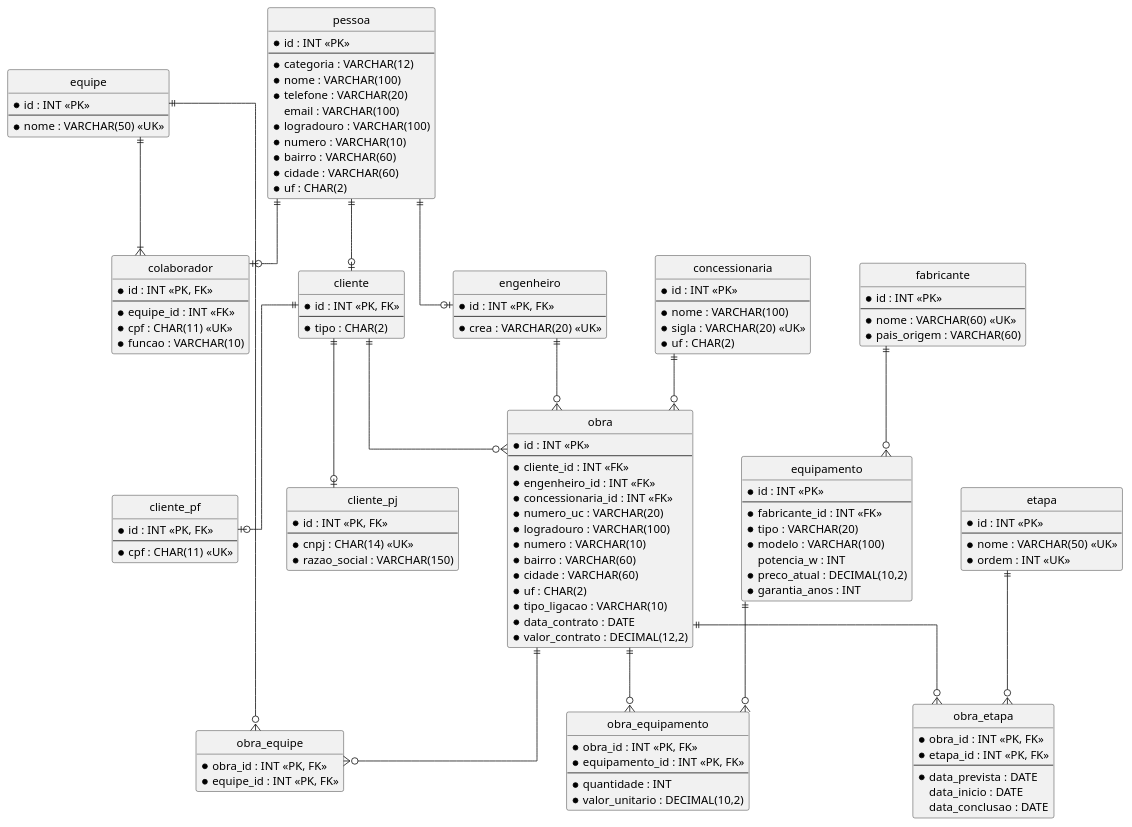
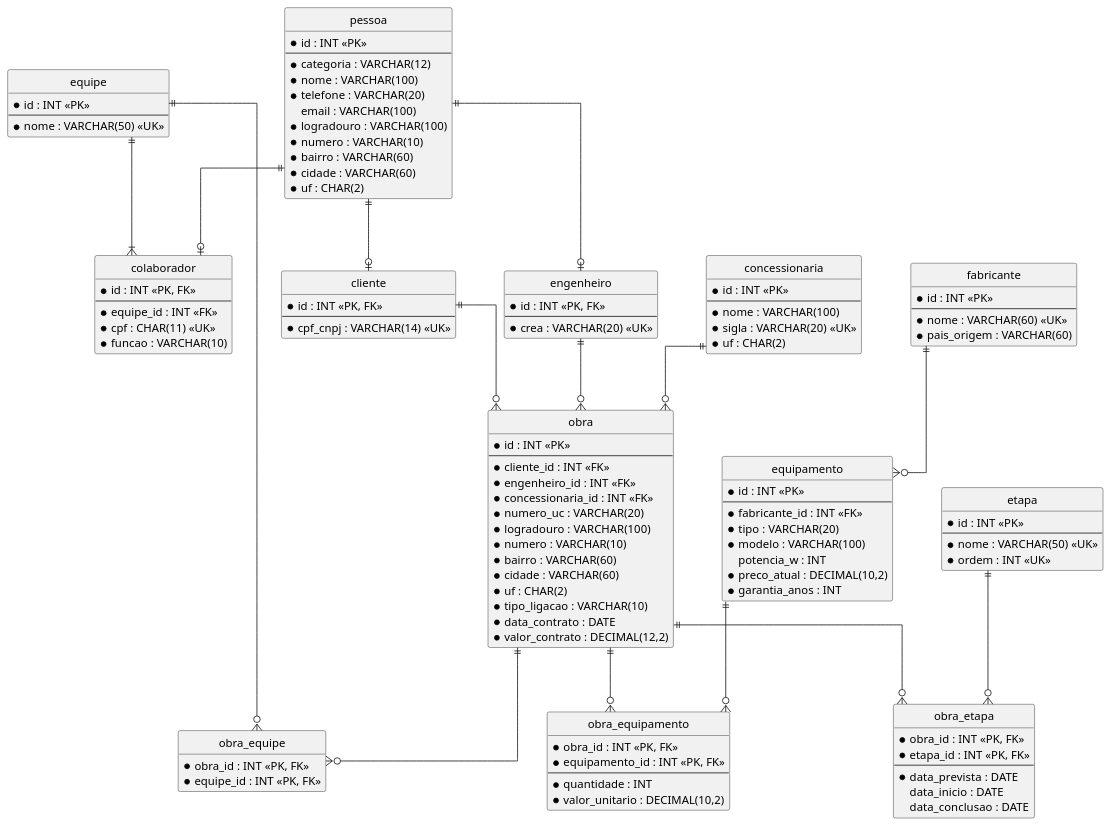
The diagram in documentacao/modelo_logico.puml (christianoeds/gestao_fotovoltaica), drawn with PlantUML before and after one commit. The commit also changed 12 other files, not shown here.

```diff
--- a/documentacao/modelo_logico.puml
+++ b/documentacao/modelo_logico.puml
@@ -1,166 +1,151 @@
 @startuml modelo_logico
 ' Modelo lógico (notação pé de galinha): Gestão Fotovoltaica
 ' Para gerar a imagem: plugin PlantUML do PhpStorm (requer Graphviz).
 '
 ' Legenda:  * = obrigatório (NOT NULL)   PK = chave primária   FK = chave estrangeira   UK = único
 
 hide circle
 hide empty methods
 skinparam linetype ortho
 skinparam nodesep 60
 skinparam ranksep 70
 
 ' ---------- Herança: pessoa e suas especializações ----------
 
 entity "pessoa" as pessoa {
   * id : INT <<PK>>
   --
   * categoria : VARCHAR(12)
   * nome : VARCHAR(100)
   * telefone : VARCHAR(20)
     email : VARCHAR(100)
   * logradouro : VARCHAR(100)
   * numero : VARCHAR(10)
   * bairro : VARCHAR(60)
   * cidade : VARCHAR(60)
   * uf : CHAR(2)
 }
 
 entity "cliente" as cliente {
   * id : INT <<PK, FK>>
   --
-  * tipo : CHAR(2)
-}
-
-entity "cliente_pf" as cliente_pf {
-  * id : INT <<PK, FK>>
-  --
-  * cpf : CHAR(11) <<UK>>
-}
-
-entity "cliente_pj" as cliente_pj {
-  * id : INT <<PK, FK>>
-  --
-  * cnpj : CHAR(14) <<UK>>
-  * razao_social : VARCHAR(150)
+  * cpf_cnpj : VARCHAR(14) <<UK>>
 }
 
 entity "engenheiro" as engenheiro {
   * id : INT <<PK, FK>>
   --
   * crea : VARCHAR(20) <<UK>>
 }
 
 entity "colaborador" as colaborador {
   * id : INT <<PK, FK>>
   --
   * equipe_id : INT <<FK>>
   * cpf : CHAR(11) <<UK>>
   * funcao : VARCHAR(10)
 }
 
 ' ---------- Demais tabelas ----------
 
 entity "concessionaria" as concessionaria {
   * id : INT <<PK>>
   --
   * nome : VARCHAR(100)
   * sigla : VARCHAR(20) <<UK>>
   * uf : CHAR(2)
 }
 
 entity "obra" as obra {
   * id : INT <<PK>>
   --
   * cliente_id : INT <<FK>>
   * engenheiro_id : INT <<FK>>
   * concessionaria_id : INT <<FK>>
   * numero_uc : VARCHAR(20)
   * logradouro : VARCHAR(100)
   * numero : VARCHAR(10)
   * bairro : VARCHAR(60)
   * cidade : VARCHAR(60)
   * uf : CHAR(2)
   * tipo_ligacao : VARCHAR(10)
   * data_contrato : DATE
   * valor_contrato : DECIMAL(12,2)
 }
 
 entity "equipe" as equipe {
   * id : INT <<PK>>
   --
   * nome : VARCHAR(50) <<UK>>
 }
 
 entity "obra_equipe" as obra_equipe {
   * obra_id : INT <<PK, FK>>
   * equipe_id : INT <<PK, FK>>
 }
 
 entity "fabricante" as fabricante {
   * id : INT <<PK>>
   --
   * nome : VARCHAR(60) <<UK>>
   * pais_origem : VARCHAR(60)
 }
 
 entity "equipamento" as equipamento {
   * id : INT <<PK>>
   --
   * fabricante_id : INT <<FK>>
   * tipo : VARCHAR(20)
   * modelo : VARCHAR(100)
     potencia_w : INT
   * preco_atual : DECIMAL(10,2)
   * garantia_anos : INT
 }
 
 entity "obra_equipamento" as obra_equipamento {
   * obra_id : INT <<PK, FK>>
   * equipamento_id : INT <<PK, FK>>
   --
   * quantidade : INT
   * valor_unitario : DECIMAL(10,2)
 }
 
 entity "etapa" as etapa {
   * id : INT <<PK>>
   --
   * nome : VARCHAR(50) <<UK>>
   * ordem : INT <<UK>>
 }
 
 entity "obra_etapa" as obra_etapa {
   * obra_id : INT <<PK, FK>>
   * etapa_id : INT <<PK, FK>>
   --
   * data_prevista : DATE
     data_inicio : DATE
     data_conclusao : DATE
 }
 
 ' Herança (1:1 opcional do lado da especialização)
 pessoa  ||--o| cliente
 pessoa  ||--o| engenheiro
 pessoa  ||--o| colaborador
-cliente ||--o| cliente_pf
-cliente ||--o| cliente_pj
 
 ' Relacionamentos
 cliente        ||--o{ obra
 engenheiro     ||--o{ obra
 concessionaria ||--o{ obra
 
 equipe ||--|{ colaborador
 
 obra   ||--o{ obra_equipe
 equipe ||--o{ obra_equipe
 
 fabricante  ||--o{ equipamento
 obra        ||--o{ obra_equipamento
 equipamento ||--o{ obra_equipamento
 
 obra  ||--o{ obra_etapa
 etapa ||--o{ obra_etapa
 
 @enduml
```
